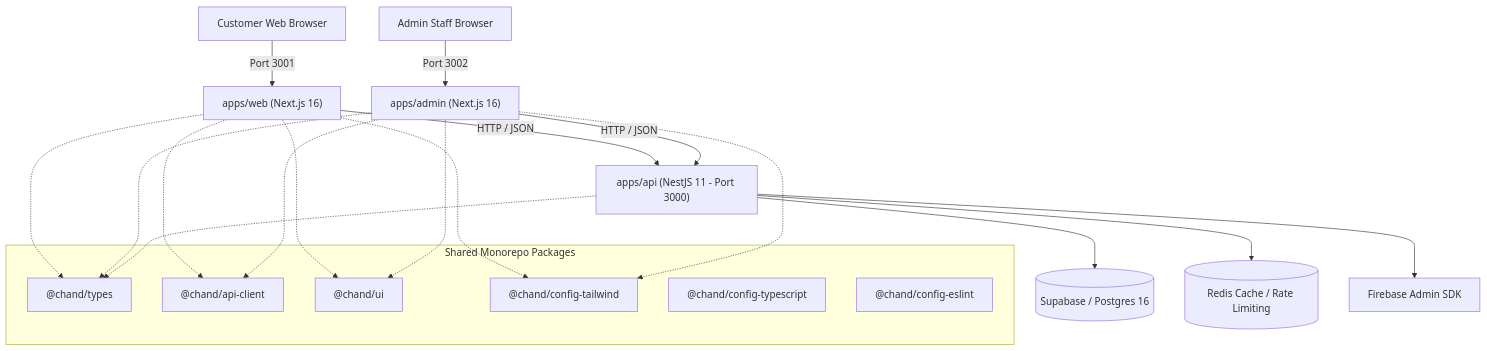
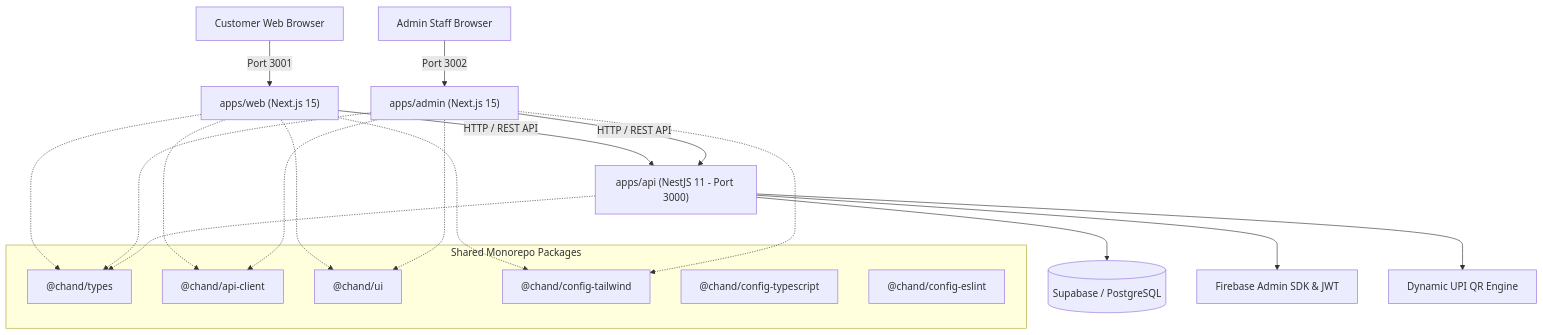
One commit to toshakparmar/chandmobileexpert changed the diagram in README.md. Above: the diagram before and after it, drawn with Mermaid. The commit also changed other lines of this file, not shown here.

````diff
--- a/README.md
+++ b/README.md
@@ -9,25 +19,25 @@
 ```mermaid
 graph TD
-    Client[Customer Web Browser] -->|Port 3001| WebApp["apps/web (Next.js 16)"]
-    Admin[Admin Staff Browser] -->|Port 3002| AdminApp["apps/admin (Next.js 16)"]
+    Client[Customer Web Browser] -->|Port 3001| WebApp["apps/web (Next.js 15)"]
+    Admin[Admin Staff Browser] -->|Port 3002| AdminApp["apps/admin (Next.js 15)"]
     
-    WebApp -->|HTTP / JSON| API["apps/api (NestJS 11 - Port 3000)"]
-    AdminApp -->|HTTP / JSON| API
+    WebApp -->|HTTP / REST API| API["apps/api (NestJS 11 - Port 3000)"]
+    AdminApp -->|HTTP / REST API| API
     
-    API --> DB[(Supabase / Postgres 16)]
-    API --> Cache[(Redis Cache / Rate Limiting)]
-    API --> Auth[Firebase Admin SDK]
+    API --> DB[(Supabase / PostgreSQL)]
+    API --> Auth[Firebase Admin SDK & JWT]
+    API --> UPI[Dynamic UPI QR Engine]
 
     subgraph Packages ["Shared Monorepo Packages"]
         Types["@chand/types"]
         ApiClient["@chand/api-client"]
         UI["@chand/ui"]
         Tailwind["@chand/config-tailwind"]
         TS["@chand/config-typescript"]
         ESLint["@chand/config-eslint"]
     end
 
     WebApp -.-> Types & ApiClient & UI & Tailwind
     AdminApp -.-> Types & ApiClient & UI & Tailwind
     API -.-> Types
 ```
````
